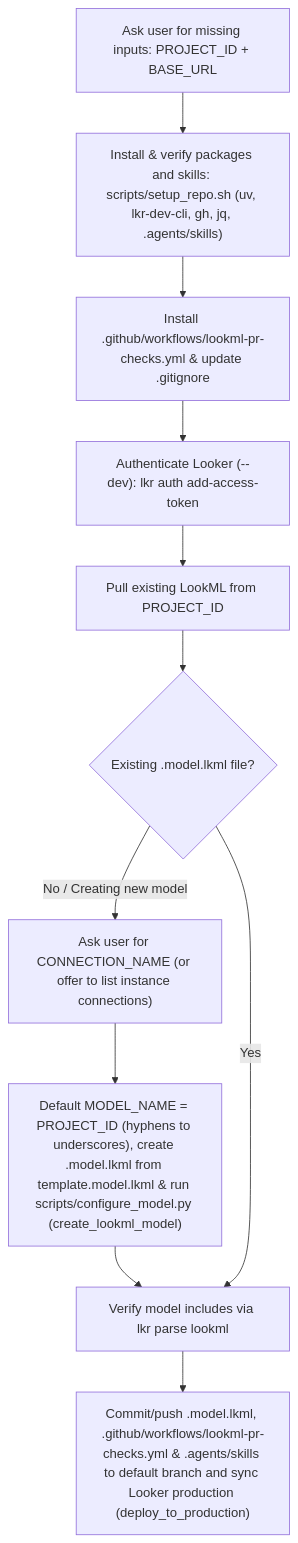
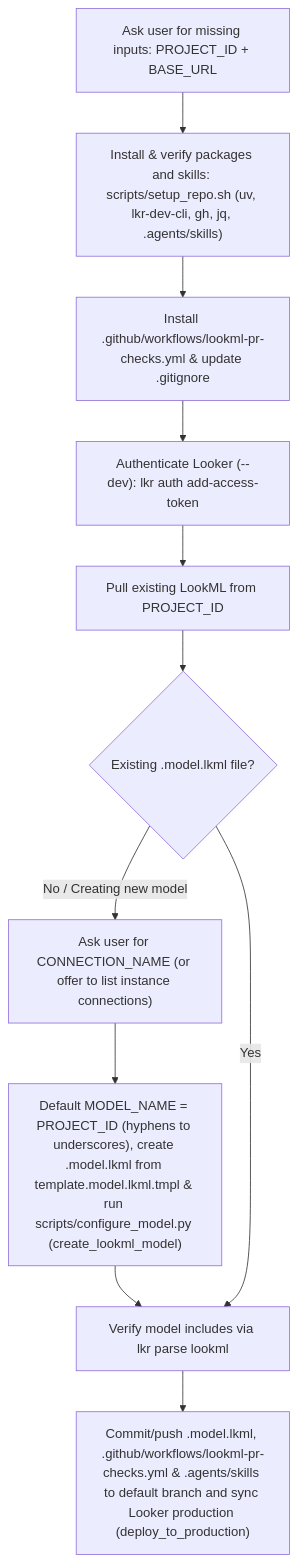
Before and after one commit to bwebs/agentic-thelook: the diagram in .agents/skills/agentic-lookml-workflow/sub-skills/setup/SKILL.md, drawn with Mermaid. The commit also changed other lines of this file and 12 other files, not shown here.

````diff
--- a/.agents/skills/agentic-lookml-workflow/sub-skills/setup/SKILL.md
+++ b/.agents/skills/agentic-lookml-workflow/sub-skills/setup/SKILL.md
@@ -17,13 +17,13 @@
 ```mermaid
 flowchart TD
     Start["Ask user for missing inputs: PROJECT_ID + BASE_URL"] --> Packages["Install & verify packages and skills: scripts/setup_repo.sh (uv, lkr-dev-cli, gh, jq, .agents/skills)"]
     Packages --> Workflows["Install .github/workflows/lookml-pr-checks.yml & update .gitignore"]
     Workflows --> Auth["Authenticate Looker (--dev): lkr auth add-access-token"]
     Auth --> Pull["Pull existing LookML from PROJECT_ID"]
     Pull --> HasModel{"Existing .model.lkml file?"}
     HasModel -- "No / Creating new model" --> AskConn["Ask user for CONNECTION_NAME (or offer to list instance connections)"]
-    AskConn --> CreateModel["Default MODEL_NAME = PROJECT_ID (hyphens to underscores), create <model_name>.model.lkml from template.model.lkml & run scripts/configure_model.py (create_lookml_model)"]
+    AskConn --> CreateModel["Default MODEL_NAME = PROJECT_ID (hyphens to underscores), create <model_name>.model.lkml from template.model.lkml.tmpl & run scripts/configure_model.py (create_lookml_model)"]
     CreateModel --> VerifyParse["Verify model includes via lkr parse lookml"]
     HasModel -- "Yes" --> VerifyParse
     VerifyParse --> SyncProd["Commit/push .model.lkml, .github/workflows/lookml-pr-checks.yml & .agents/skills to default branch and sync Looker production (deploy_to_production)"]
 ```
````
